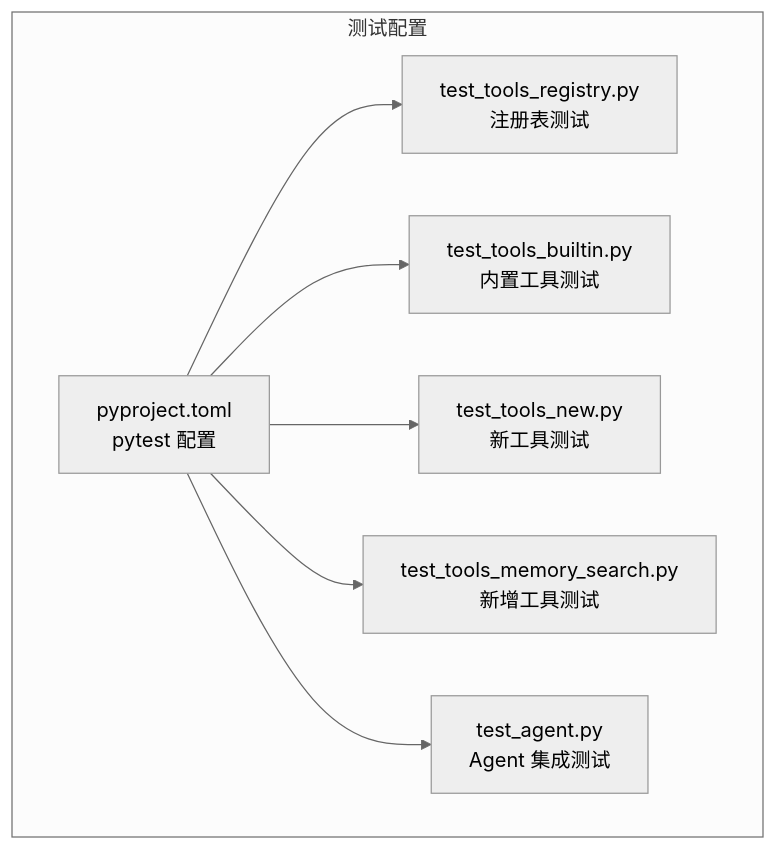
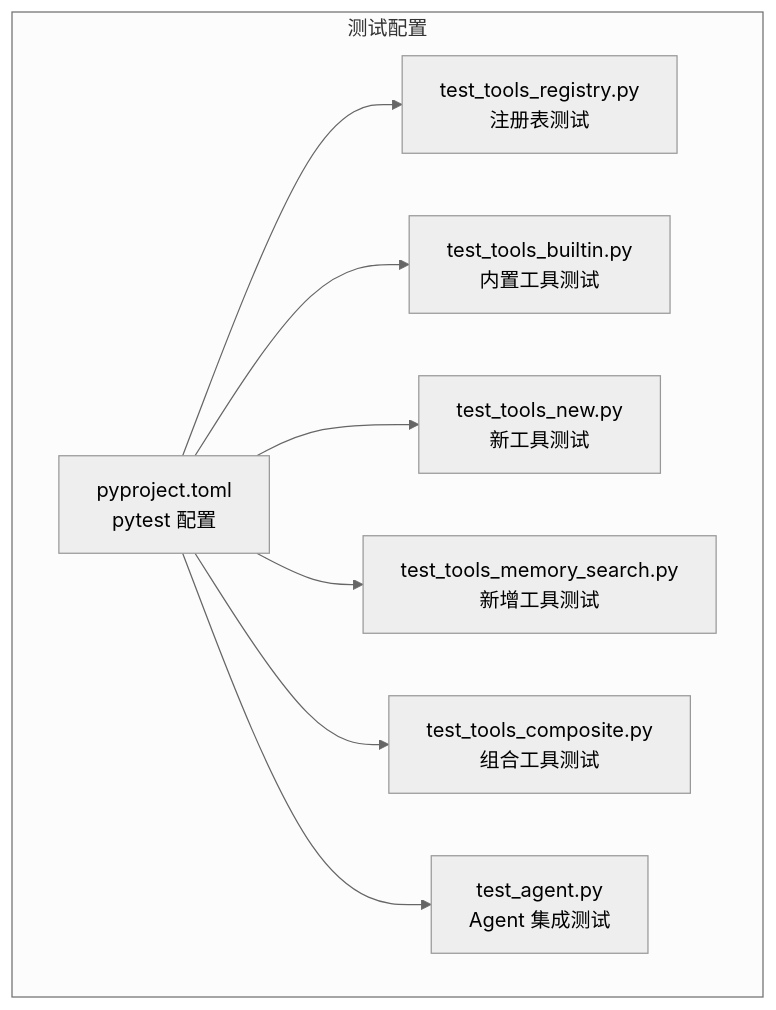
One commit to 250shiwo/MySmallAgent changed diagram 12 of 14 in .qoder/repowiki/zh/content/核心模块详解/工具系统架构.md. Above: the diagram before and after it, drawn with Mermaid (neutral theme). The commit also changed other lines of this file and 23 other files, not shown here.

````diff
--- a/.qoder/repowiki/zh/content/核心模块详解/工具系统架构.md
+++ b/.qoder/repowiki/zh/content/核心模块详解/工具系统架构.md
@@ -654,16 +965,18 @@
 ```mermaid
 graph TB
 subgraph "测试配置"
 PyProject[pyproject.toml<br/>pytest 配置]
 TestRegistry[test_tools_registry.py<br/>注册表测试]
 TestBuiltin[test_tools_builtin.py<br/>内置工具测试]
 TestNew[test_tools_new.py<br/>新工具测试]
 TestMemorySearch[test_tools_memory_search.py<br/>新增工具测试]
+TestComposite[test_tools_composite.py<br/>组合工具测试]
 TestAgent[test_agent.py<br/>Agent 集成测试]
 end
 PyProject --> TestRegistry
 PyProject --> TestBuiltin
 PyProject --> TestNew
 PyProject --> TestMemorySearch
+PyProject --> TestComposite
 PyProject --> TestAgent
 ```
````
